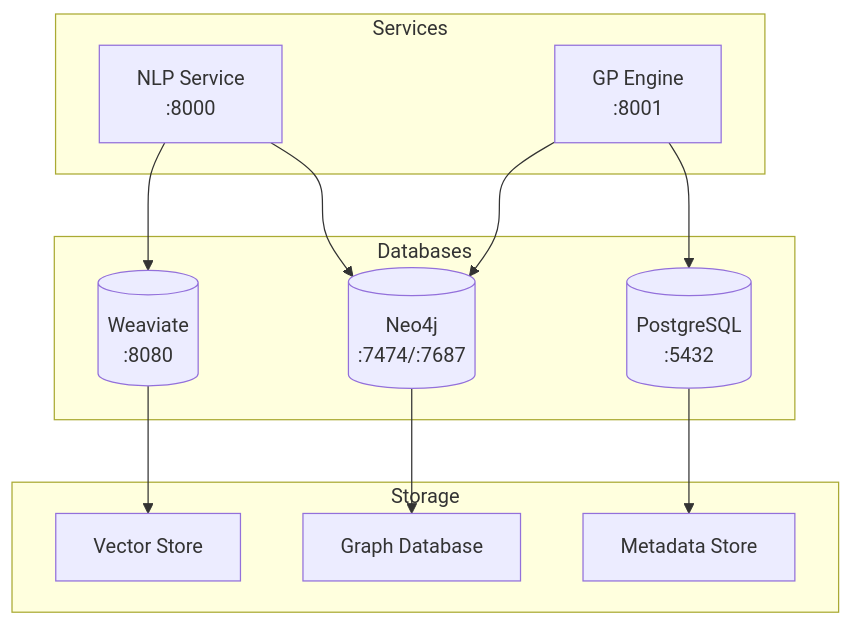
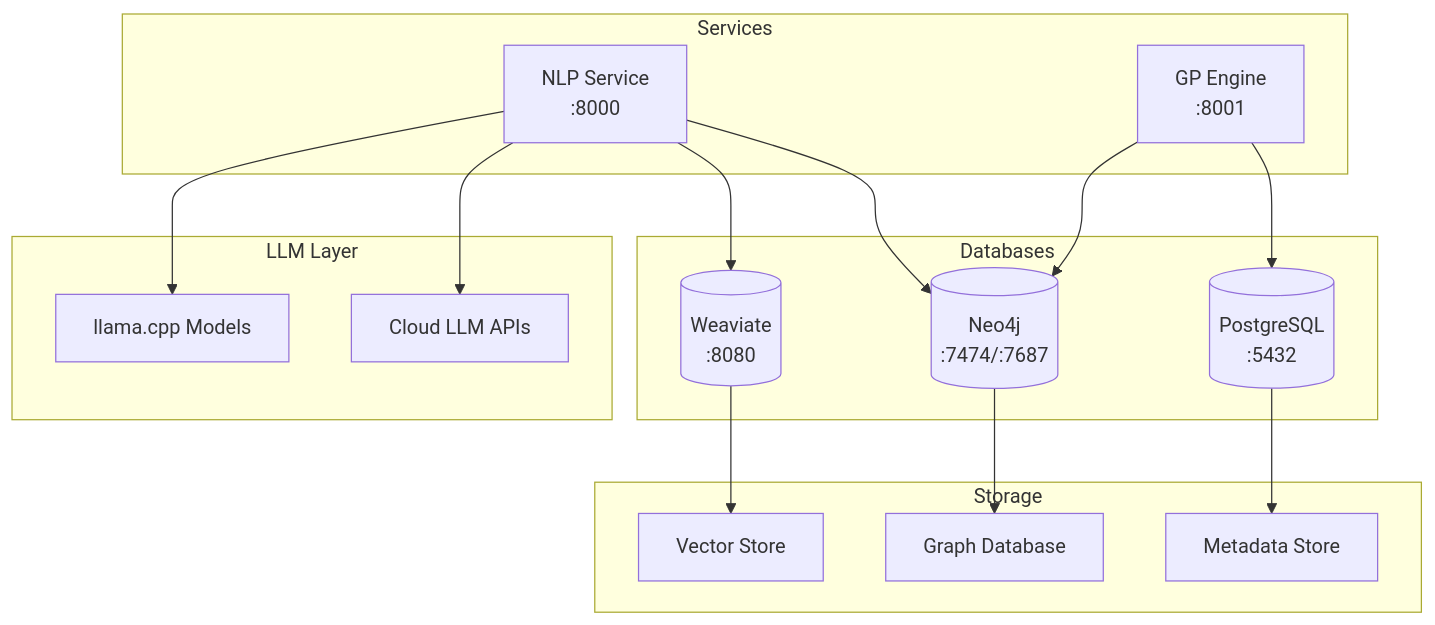
Before and after one commit to nshkrdotcom/EADS: the fifth of 16 diagrams in README.md, drawn with Mermaid. The commit also changed other lines of this file and 5 other files, not shown here.

Commit message:
add local and cloud inference to diags

````diff
--- a/README.md
+++ b/README.md
@@ -806,28 +806,35 @@
 ```mermaid
 graph TB
     subgraph Services
         NLP[NLP Service<br>:8000]
         GP[GP Engine<br>:8001]
     end
 
     subgraph Databases
         Neo4j[(Neo4j<br>:7474/:7687)]
         Postgres[(PostgreSQL<br>:5432)]
         Weaviate[(Weaviate<br>:8080)]
     end
 
     subgraph Storage
         VectorStore[Vector Store]
         GraphDB[Graph Database]
         MetadataDB[Metadata Store]
     end
+	
+	subgraph LLM Layer
+		LocalLLM[llama.cpp Models]
+		CloudLLM[Cloud LLM APIs]
+	end
+	NLP --> LocalLLM
+	NLP --> CloudLLM
 
     NLP --> Neo4j
     NLP --> Weaviate
     GP --> Neo4j
     GP --> Postgres
 
     Weaviate --> VectorStore
     Neo4j --> GraphDB
     Postgres --> MetadataDB
 ```
````
